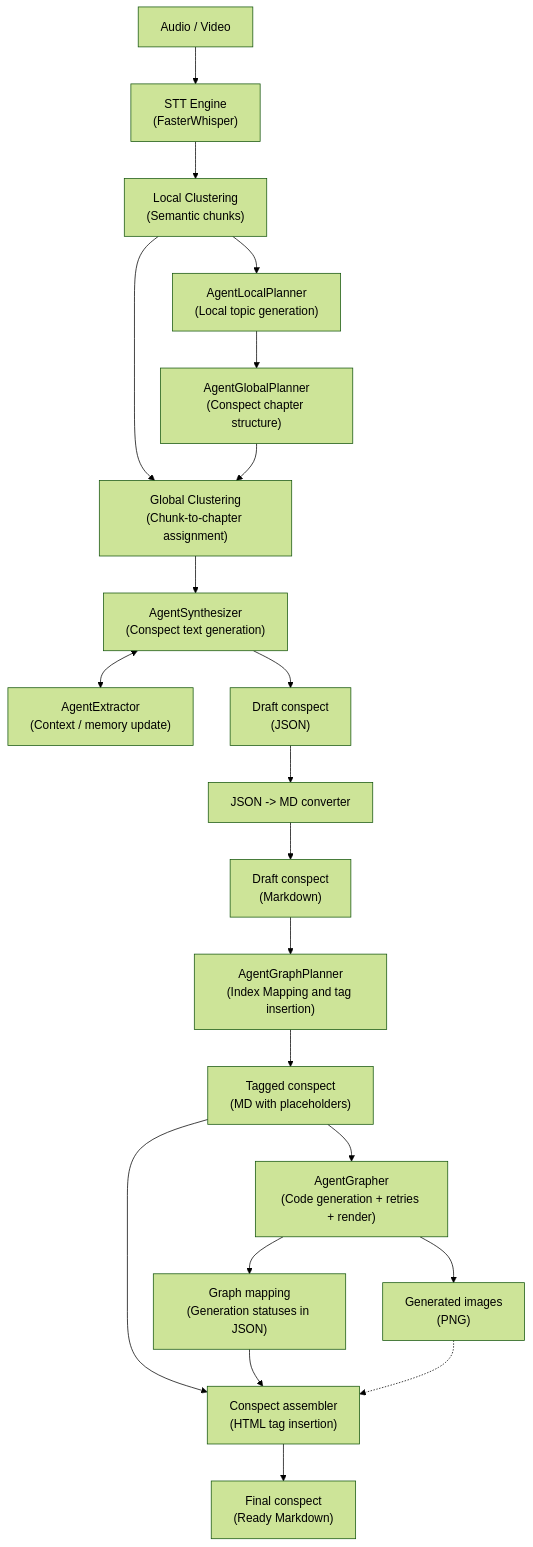
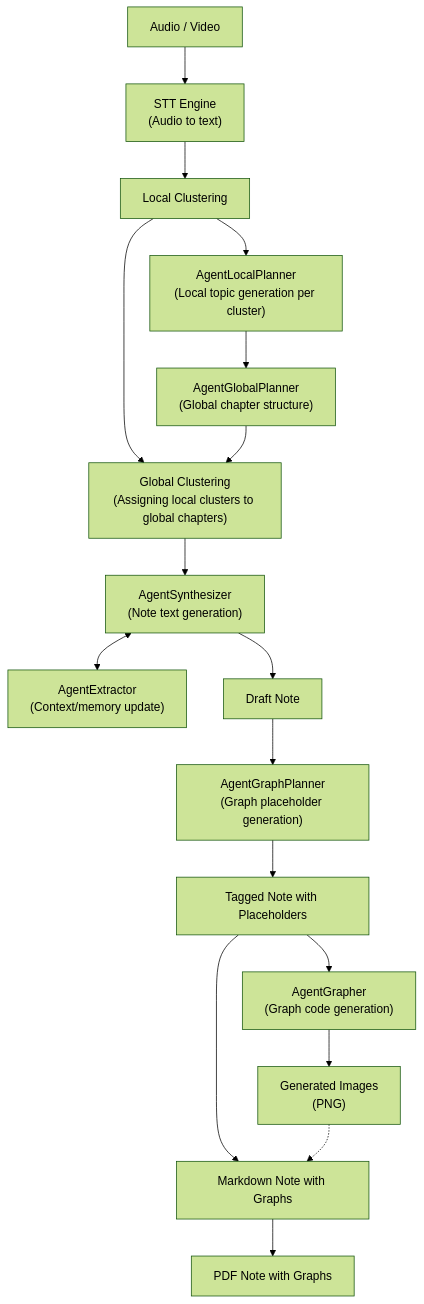
Before and after one commit to m4deme1ns4ne/LongConspectWriter: the diagram in README.md, drawn with Mermaid (forest theme). The commit also changed other lines of this file and 90 other files, not shown here.

````diff
--- a/README.md
+++ b/README.md
@@ -26,37 +25,29 @@
 ```mermaid
 flowchart TD
     %% Input data
-    Audio["Audio / Video"] --> STT["STT Engine<br/>(FasterWhisper)"]
+    Audio["Audio / Video"] --> STT["STT Engine<br/>(Audio to text)"]
 
     %% Clustering and planning
-    STT --> LCluster["Local Clustering<br/>(Semantic chunks)"]
-    LCluster --> LPlanner["AgentLocalPlanner<br/>(Local topic generation)"]
-    LPlanner --> GPlanner["AgentGlobalPlanner<br/>(Conspect chapter structure)"]
-
-    LCluster --> GCluster["Global Clustering<br/>(Chunk-to-chapter assignment)"]
+    STT --> LCluster["Local Clustering"]
+    LCluster --> LPlanner["AgentLocalPlanner<br/>(Local topic generation per cluster)"]
+    LPlanner --> GPlanner["AgentGlobalPlanner<br/>(Global chapter structure)"]
+    LCluster --> GCluster["Global Clustering<br/>(Assigning local clusters to global chapters)"]
     GPlanner --> GCluster
 
     %% Text synthesis
-    GCluster --> Synthesizer["AgentSynthesizer<br/>(Conspect text generation)"]
-    Synthesizer <--> Extractor["AgentExtractor<br/>(Context / memory update)"]
-
-    Synthesizer --> DraftJSON["Draft conspect<br/>(JSON)"]
-    DraftJSON --> Converter["JSON -> MD converter"]
-    Converter --> DraftMD["Draft conspect<br/>(Markdown)"]
+    GCluster --> Synthesizer["AgentSynthesizer<br/>(Note text generation)"]
+    Synthesizer <--> Extractor["AgentExtractor<br/>(Context/memory update)"]
+    Synthesizer --> DraftJSON["Draft Note"]
 
     %% Multi-agent visualizer
-    DraftMD --> GraphPlanner["AgentGraphPlanner<br/>(Index Mapping and tag insertion)"]
-    GraphPlanner --> TaggedMD["Tagged conspect<br/>(MD with placeholders)"]
-
-    TaggedMD --> Grapher["AgentGrapher<br/>(Code generation + retries + render)"]
-
-    Grapher --> GraphMap["Graph mapping<br/>(Generation statuses in JSON)"]
-    Grapher --> Images["Generated images<br/>(PNG)"]
+    DraftJSON --> GraphPlanner["AgentGraphPlanner<br/>(Graph placeholder generation)"]
+    GraphPlanner --> TaggedMD["Tagged Note with Placeholders"]
+    TaggedMD --> Grapher["AgentGrapher<br/>(Graph code generation)"]
+    Grapher --> Images["Generated Images<br/>(PNG)"]
 
     %% Final assembly
-    TaggedMD --> Stitcher["Conspect assembler<br/>(HTML tag insertion)"]
-    GraphMap --> Stitcher
-    Images -.-> Stitcher
-
-    Stitcher --> FinalMD["Final conspect<br/>(Ready Markdown)"]
+    TaggedMD --> FinalMD["Note Assembler<br/>(HTML tag insertion)"]
+    Images -.-> FinalMD
+    FinalMD["Markdown Note with Graphs"]
+    FinalMD --> FinalPDF["PDF Note with Graphs"]
 ```
````
